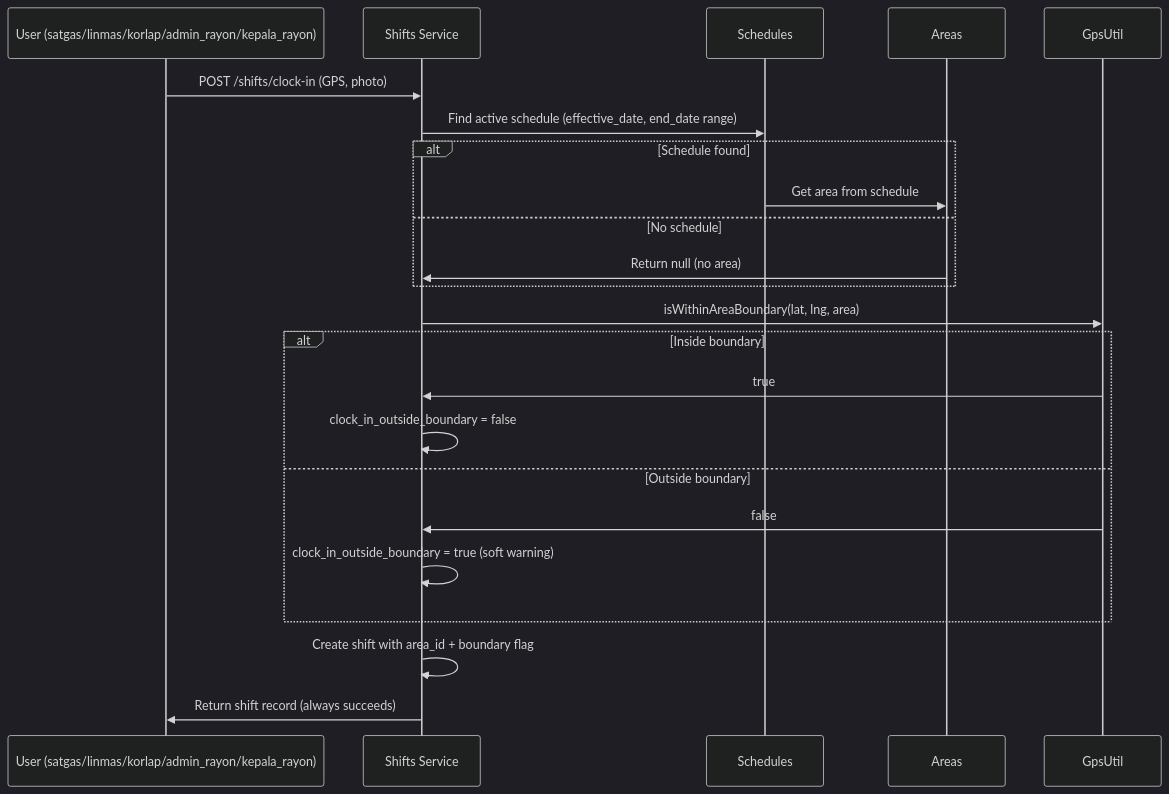
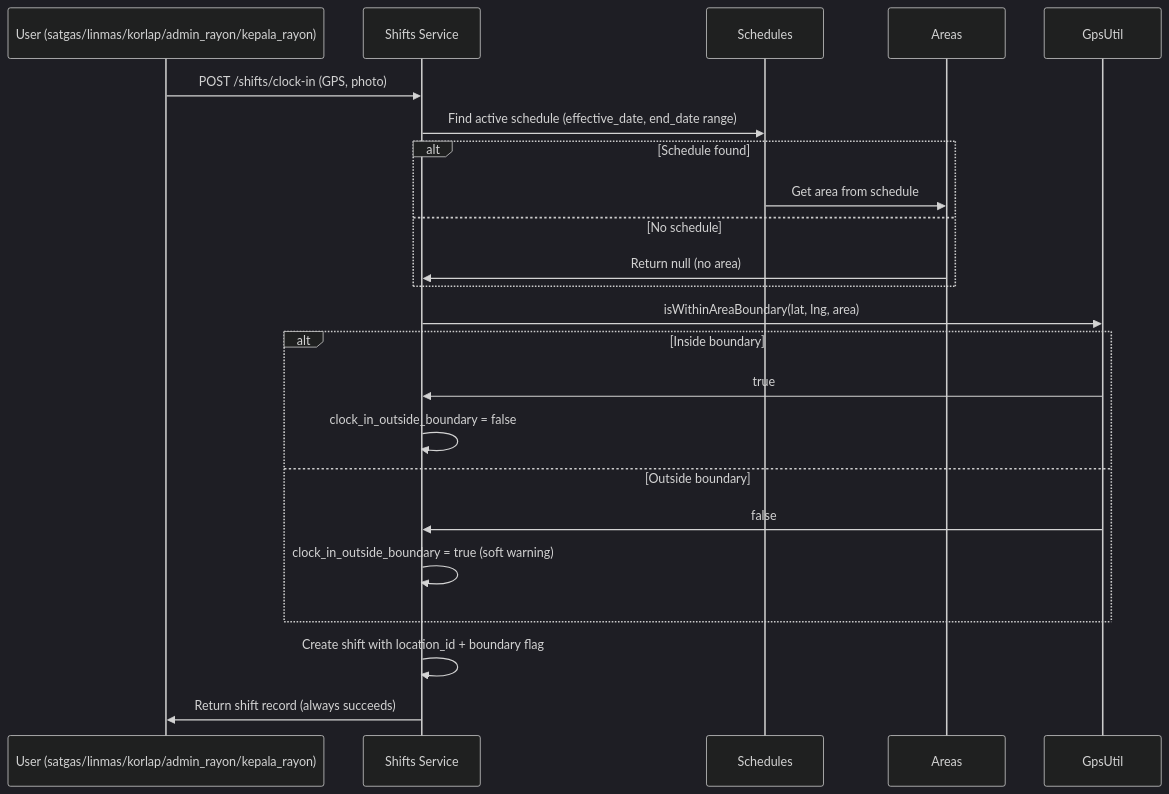
Before and after one commit to dlhsby/sekar: the seventh of 13 diagrams in specs/database/erd.md, drawn with Mermaid (dark theme). The commit also changed other lines of this file and 45 other files, not shown here.

First line of the commit message:
docs(specs): sweep Area→Location terminology on the revamp line

````diff
--- a/specs/database/erd.md
+++ b/specs/database/erd.md
@@ -515,26 +515,26 @@
 ```mermaid
 sequenceDiagram
     participant U as User (satgas/linmas/korlap/admin_rayon/kepala_rayon)
     participant S as Shifts Service
     participant SC as Schedules
     participant A as Areas
     participant G as GpsUtil
 
     U->>S: POST /shifts/clock-in (GPS, photo)
     S->>SC: Find active schedule (effective_date, end_date range)
     alt Schedule found
         SC->>A: Get area from schedule
     else No schedule
         A->>S: Return null (no area)
     end
     S->>G: isWithinAreaBoundary(lat, lng, area)
     alt Inside boundary
         G->>S: true
         S->>S: clock_in_outside_boundary = false
     else Outside boundary
         G->>S: false
         S->>S: clock_in_outside_boundary = true (soft warning)
     end
-    S->>S: Create shift with area_id + boundary flag
+    S->>S: Create shift with location_id + boundary flag
     S->>U: Return shift record (always succeeds)
 ```
````
